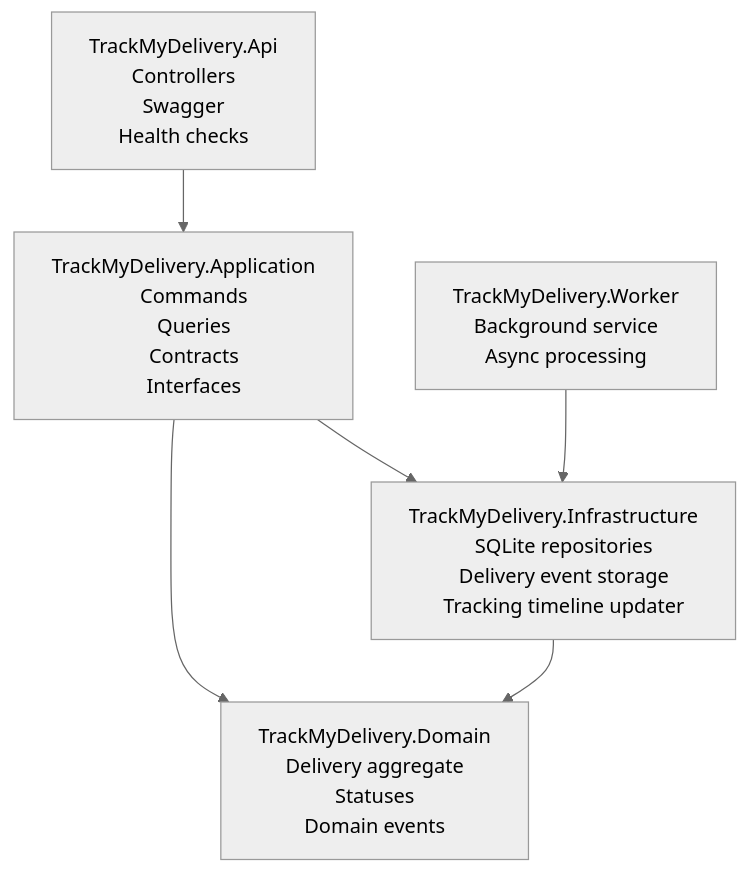
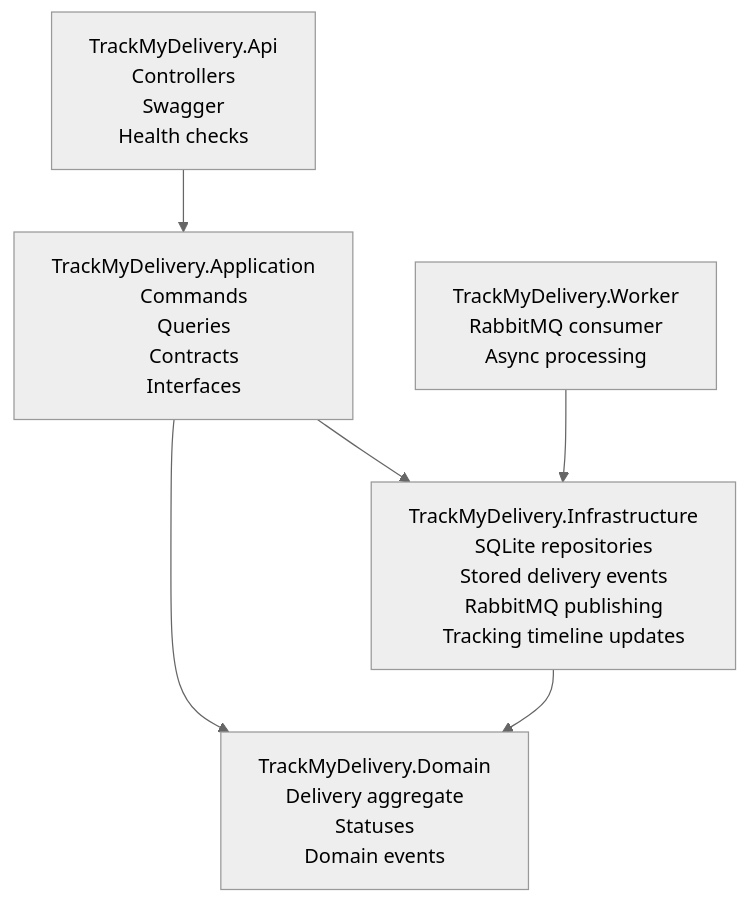
The second of 2 diagrams in README.md (zanworkingremotely/enterprise-distributed-architecture), drawn with Mermaid (neutral theme) before and after one commit. The commit also changed other lines of this file and 9 other files, not shown here.

````diff
--- a/README.md
+++ b/README.md
@@ -60,33 +64,34 @@
 ```mermaid
 flowchart TB
     Api["TrackMyDelivery.Api
     Controllers
     Swagger
     Health checks"]
 
     Application["TrackMyDelivery.Application
     Commands
     Queries
     Contracts
     Interfaces"]
 
     Domain["TrackMyDelivery.Domain
     Delivery aggregate
     Statuses
     Domain events"]
 
     Infrastructure["TrackMyDelivery.Infrastructure
     SQLite repositories
-    Delivery event storage
-    Tracking timeline updater"]
+    Stored delivery events
+    RabbitMQ publishing
+    Tracking timeline updates"]
 
     Worker["TrackMyDelivery.Worker
-    Background service
+    RabbitMQ consumer
     Async processing"]
 
     Api --> Application
     Application --> Domain
     Application --> Infrastructure
     Worker --> Infrastructure
     Infrastructure --> Domain
 ```
````
